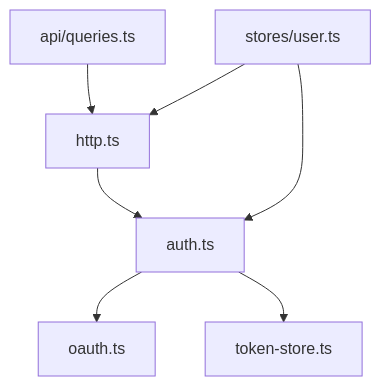
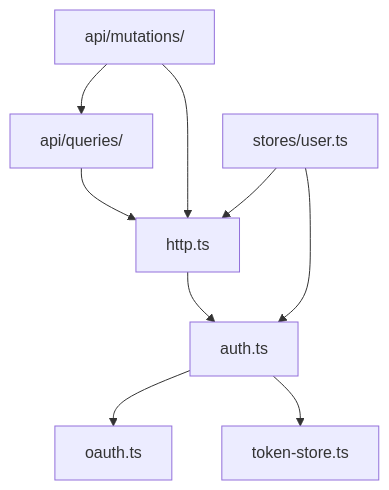
One commit to shellRaining/cc98 changed the diagram in docs/frontend.md. Above: the diagram before and after it, drawn with Mermaid. The commit also changed other lines of this file and 13 other files, not shown here.

````diff
--- a/docs/frontend.md
+++ b/docs/frontend.md
@@ -19,16 +19,19 @@
 ```mermaid
 graph TD
   token_store["token-store.ts"]
   oauth["oauth.ts"]
   auth["auth.ts"]
   http["http.ts"]
-  queries["api/queries.ts"]
+  queries["api/queries/"]
+  mutations["api/mutations/"]
   stores_user["stores/user.ts"]
 
   auth --> oauth
   auth --> token_store
   http --> auth
   queries --> http
+  mutations --> http
+  mutations --> queries
   stores_user --> auth
   stores_user --> http
 ```
````
